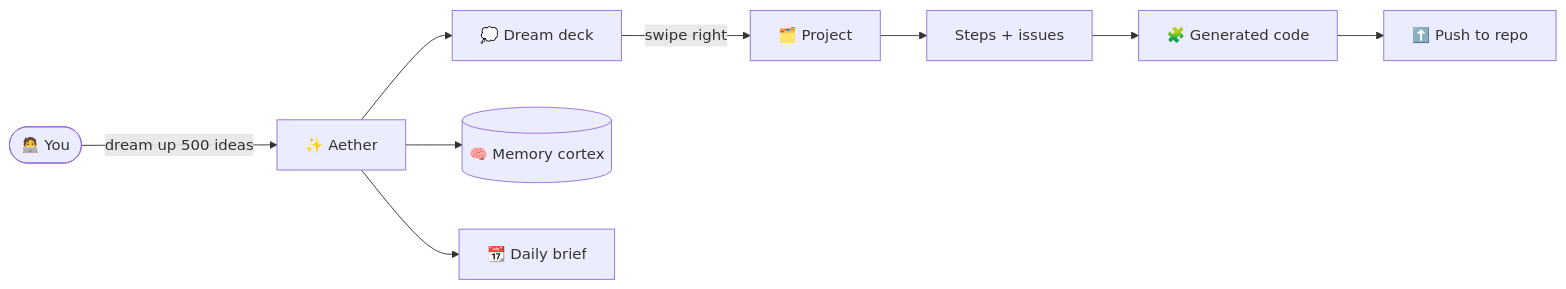
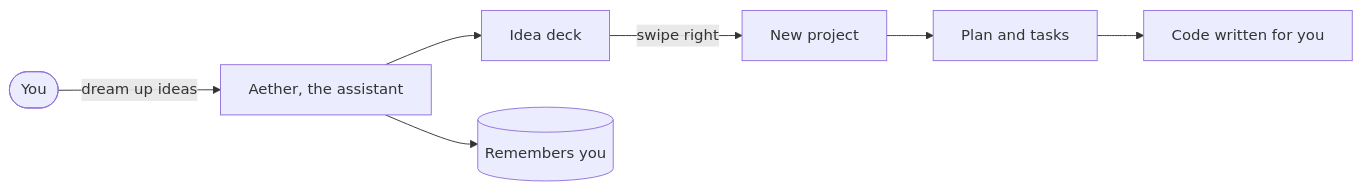
One commit to F0rger123/devspace changed the first of 3 diagrams in README.md. Above: the diagram before and after it, drawn with Mermaid. The commit also changed other lines of this file and 2 other files, not shown here.

First line of the commit message:
docs: plain-English diagrams and an AI guide for pasted links [skip ci]

````diff
--- a/README.md
+++ b/README.md
@@ -50,9 +55,9 @@
 ```mermaid
 flowchart LR
-    You(["🧑‍💻 You"]) -->|"dream up 500 ideas"| Aether["✨ Aether"]
-    Aether --> Ideas["💭 Dream deck"] -->|swipe right| Project["🗂️ Project"]
-    Project --> Plan["Steps + issues"] --> Code["🧩 Generated code"]
-    Code --> Push["⬆️ Push to repo"]
-    Aether --> Mem[("🧠 Memory cortex")]
-    Aether --> Daily["📆 Daily brief"]
+    You(["You"]) -->|dream up ideas| Aether["Aether, the assistant"]
+    Aether --> Ideas["Idea deck"]
+    Ideas -->|swipe right| Project["New project"]
+    Project --> Steps["Plan and tasks"]
+    Steps --> Code["Code written for you"]
+    Aether --> Mem[("Remembers you")]
 ```
````
